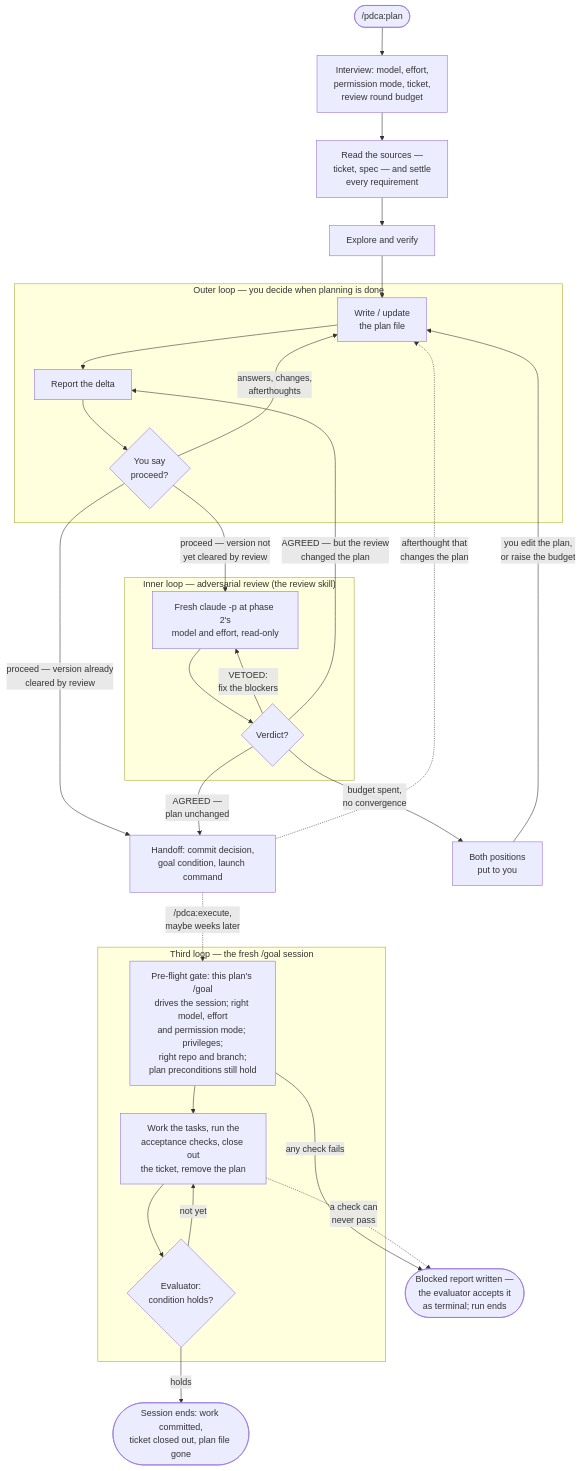
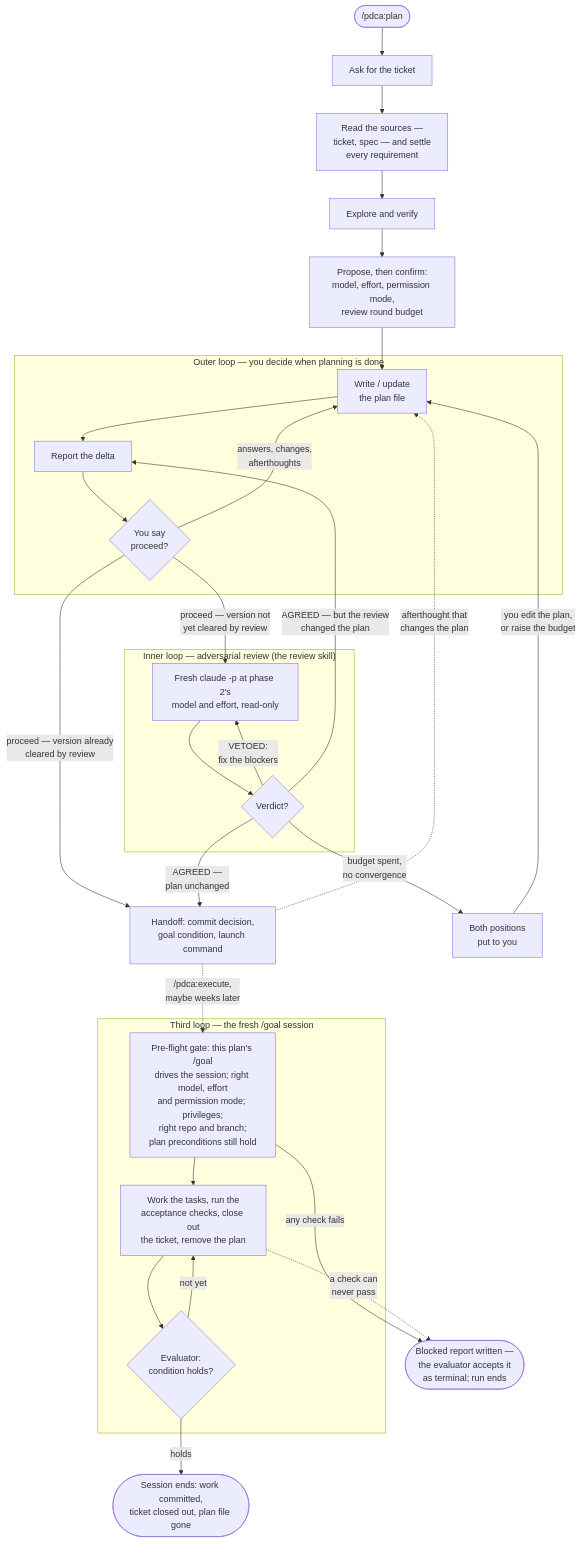
One commit to christian-schlichtherle/cs7-claude-plugins changed the second of 2 diagrams in pdca/README.md. Above: the diagram before and after it, drawn with Mermaid. The commit also changed other lines of this file and 8 other files, not shown here.

````diff
--- a/pdca/README.md
+++ b/pdca/README.md
@@ -197,37 +204,38 @@
 ```mermaid
 flowchart TD
     subgraph Outer["Outer loop — you decide when planning is done"]
         Draft["Write / update<br>the plan file"] --> Delta["Report the delta"]
         Delta --> Happy{"You say<br>proceed?"}
         Happy -- "answers, changes,<br>afterthoughts" --> Draft
     end
 
     subgraph Inner["Inner loop — adversarial review (the review skill)"]
         Reviewer["Fresh claude -p at phase 2's<br>model and effort, read-only"] --> Verdict{"Verdict?"}
         Verdict -- "VETOED:<br>fix the blockers" --> Reviewer
     end
 
-    Start(["/pdca:plan"]) --> Interview["Interview: model, effort,<br>permission mode, ticket,<br>review round budget"]
+    Start(["/pdca:plan"]) --> Interview["Ask for the ticket"]
     Interview --> Sources["Read the sources —<br>ticket, spec — and settle<br>every requirement"]
     Sources --> Explore["Explore and verify"]
-    Explore --> Draft
+    Explore --> Executor["Propose, then confirm:<br>model, effort, permission mode,<br>review round budget"]
+    Executor --> Draft
 
     Happy -- "proceed — version not<br>yet cleared by review" --> Reviewer
     Happy -- "proceed — version already<br>cleared by review" --> Handoff
     Verdict -- "budget spent,<br>no convergence" --> Settle["Both positions<br>put to you"]
     Settle -- "you edit the plan,<br>or raise the budget" --> Draft
     Verdict -- "AGREED —<br>plan unchanged" --> Handoff["Handoff: commit decision,<br>goal condition, launch command"]
     Verdict -- "AGREED — but the review<br>changed the plan" --> Delta
     Handoff -. "afterthought that<br>changes the plan" .-> Draft
 
     subgraph Goal["Third loop — the fresh /goal session"]
         Gate["Pre-flight gate: this plan's /goal<br>drives the session; right model, effort<br>and permission mode; privileges;<br>right repo and branch;<br>plan preconditions still hold"] --> Work["Work the tasks, run the<br>acceptance checks, close out<br>the ticket, remove the plan"]
         Work --> Eval{"Evaluator:<br>condition holds?"}
         Eval -- "not yet" --> Work
     end
 
     Handoff -. "/pdca:execute,<br>maybe weeks later" .-> Gate
     Gate -- "any check fails" --> Blocked(["Blocked report written —<br>the evaluator accepts it<br>as terminal; run ends"])
     Work -. "a check can<br>never pass" .-> Blocked
     Eval -- "holds" --> Done(["Session ends: work committed,<br>ticket closed out, plan file gone"])
 ```
````
